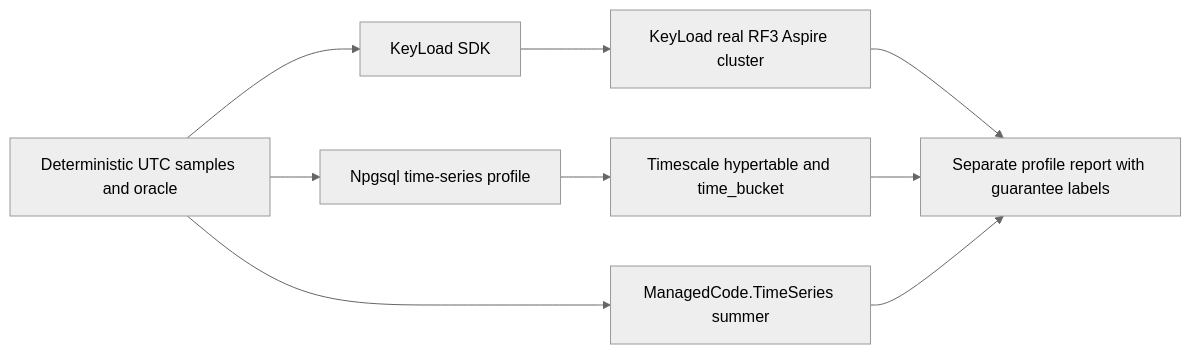
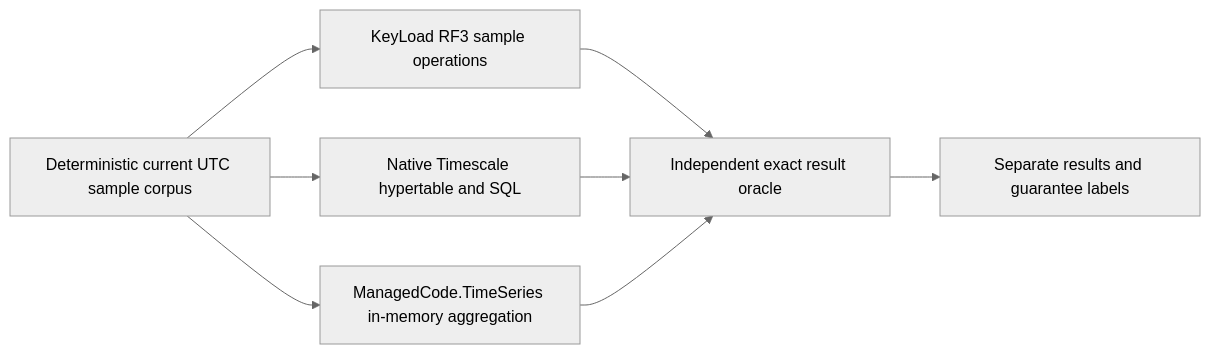
One commit to managedcode/KeyLoad changed the diagram in docs/ADR/ADR-050-timeseries-timescale-comparison.md. Above: the diagram before and after it, drawn with Mermaid (neutral theme). The commit also changed other lines of this file and 152 other files, not shown here.

````diff
--- a/docs/ADR/ADR-050-timeseries-timescale-comparison.md
+++ b/docs/ADR/ADR-050-timeseries-timescale-comparison.md
@@ -50,11 +12,10 @@
 ```mermaid
 flowchart LR
-    Dataset[Deterministic UTC samples and oracle] --> SDK[KeyLoad SDK]
-    SDK --> RF3[KeyLoad real RF3 Aspire cluster]
-    Dataset --> Npgsql[Npgsql time-series profile]
-    Npgsql --> TSDB[Timescale hypertable and time_bucket]
-    Dataset --> Library[ManagedCode.TimeSeries summer]
-    RF3 --> Result[Separate profile report with guarantee labels]
-    TSDB --> Result
-    Library --> Result
+    Corpus[Deterministic current UTC sample corpus] --> KeyLoad[KeyLoad RF3 sample operations]
+    Corpus --> Timescale[Native Timescale hypertable and SQL]
+    Corpus --> Library[ManagedCode.TimeSeries in-memory aggregation]
+    KeyLoad --> Oracle[Independent exact result oracle]
+    Timescale --> Oracle
+    Library --> Oracle
+    Oracle --> Report[Separate results and guarantee labels]
 ```
````
